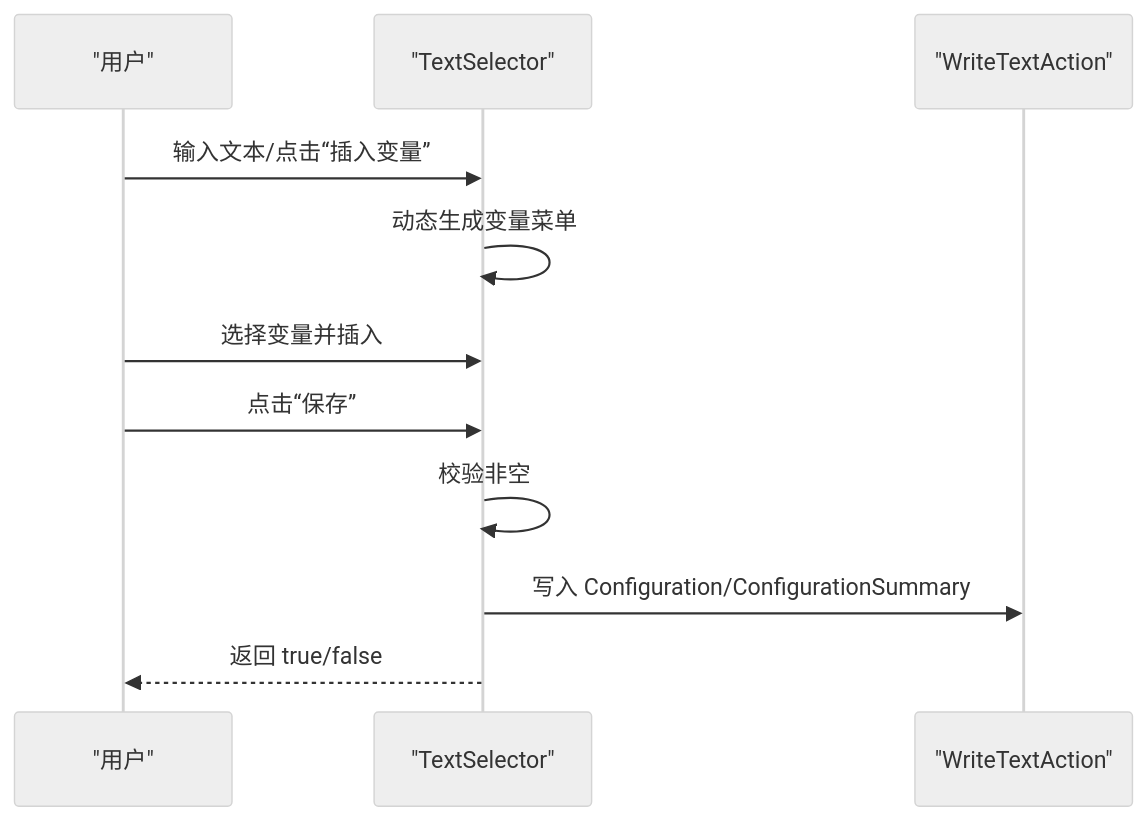
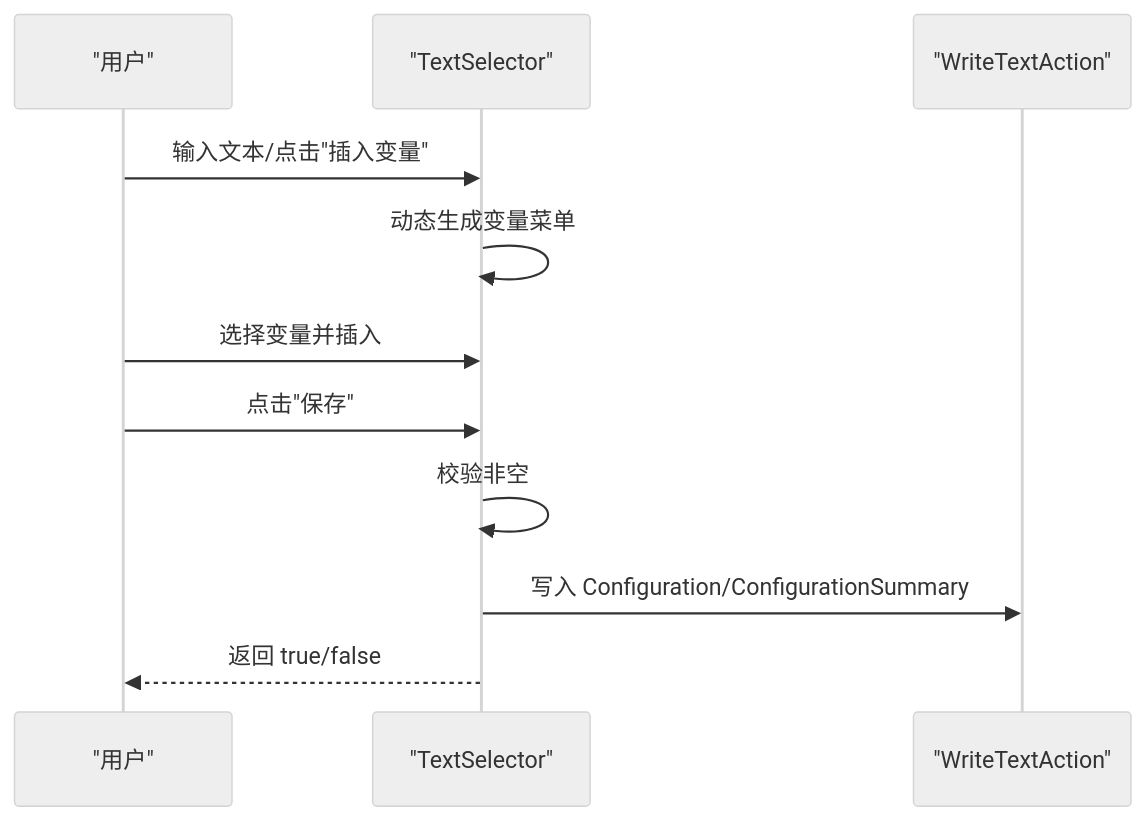
Before and after one commit to tea4go/Macro-Deck-Windows-Utils-Plugin: the seventh of 12 diagrams in .qoder/repowiki/zh/content/开发者指南/GUI组件开发/GUI组件开发.md, drawn with Mermaid (neutral theme). The commit also changed other lines of this file and 39 other files, not shown here.

````diff
--- a/.qoder/repowiki/zh/content/开发者指南/GUI组件开发/GUI组件开发.md
+++ b/.qoder/repowiki/zh/content/开发者指南/GUI组件开发/GUI组件开发.md
@@ -217,13 +224,13 @@
 ```mermaid
 sequenceDiagram
 participant U as "用户"
 participant TS as "TextSelector"
 participant A as "WriteTextAction"
-U->>TS : 输入文本/点击“插入变量”
+U->>TS : 输入文本/点击"插入变量"
 TS->>TS : 动态生成变量菜单
 U->>TS : 选择变量并插入
-U->>TS : 点击“保存”
+U->>TS : 点击"保存"
 TS->>TS : 校验非空
 TS->>A : 写入 Configuration/ConfigurationSummary
 TS-->>U : 返回 true/false
 ```
````
